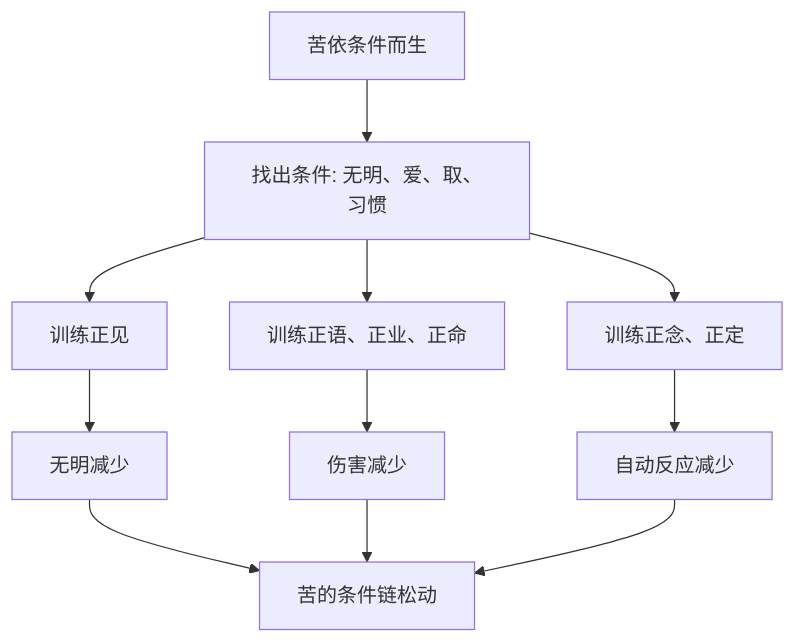
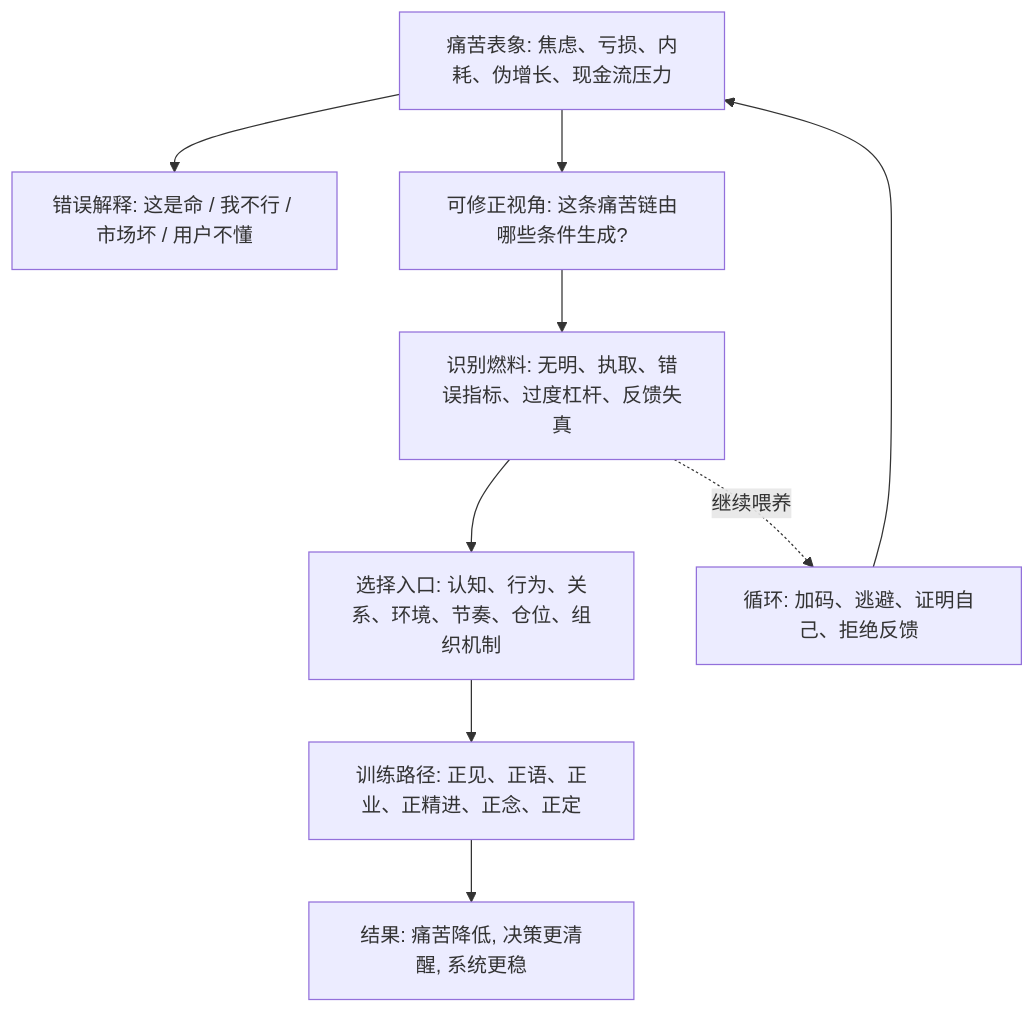
One commit to digoal/blog changed the diagram in 202605/20260518_63.md. Above: the diagram before and after it, drawn with Mermaid. The commit also changed other lines of this file and 15 other files, not shown here.

````diff
--- a/202605/20260518_63.md
+++ b/202605/20260518_63.md
@@ -22,13 +24,11 @@
 ```mermaid
 flowchart TD
-  A["苦依条件而生"] --> B["找出条件: 无明、爱、取、习惯"]
-  B --> C["训练正见"]
-  B --> D["训练正语、正业、正命"]
-  B --> E["训练正念、正定"]
-  C --> F["无明减少"]
-  D --> G["伤害减少"]
-  E --> H["自动反应减少"]
-  F --> I["苦的条件链松动"]
-  G --> I
-  H --> I
+  A["痛苦表象: 焦虑、亏损、内耗、伪增长、现金流压力"] --> B["错误解释: 这是命 / 我不行 / 市场坏 / 用户不懂"]
+  A --> C["可修正视角: 这条痛苦链由哪些条件生成?"]
+  C --> D["识别燃料: 无明、执取、错误指标、过度杠杆、反馈失真"]
+  D --> E["选择入口: 认知、行为、关系、环境、节奏、仓位、组织机制"]
+  E --> F["训练路径: 正见、正语、正业、正精进、正念、正定"]
+  F --> G["结果: 痛苦降低, 决策更清醒, 系统更稳"]
+  D -. "继续喂养" .-> H["循环: 加码、逃避、证明自己、拒绝反馈"]
+  H --> A
 ```
````
